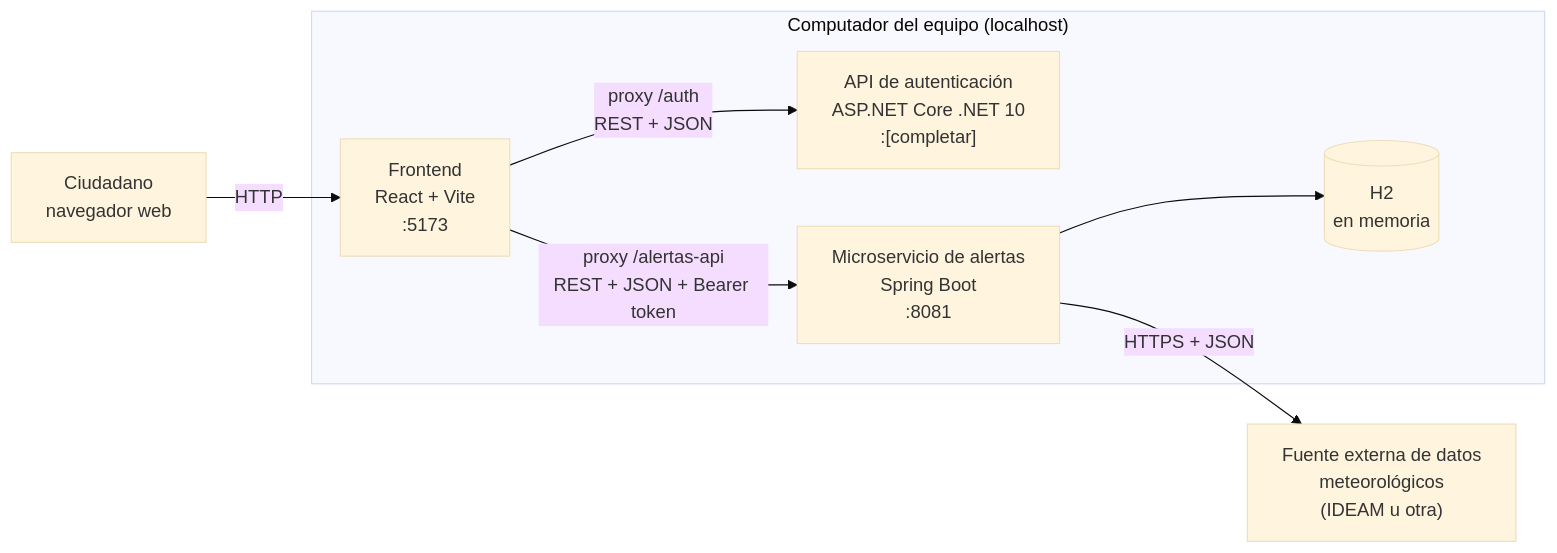
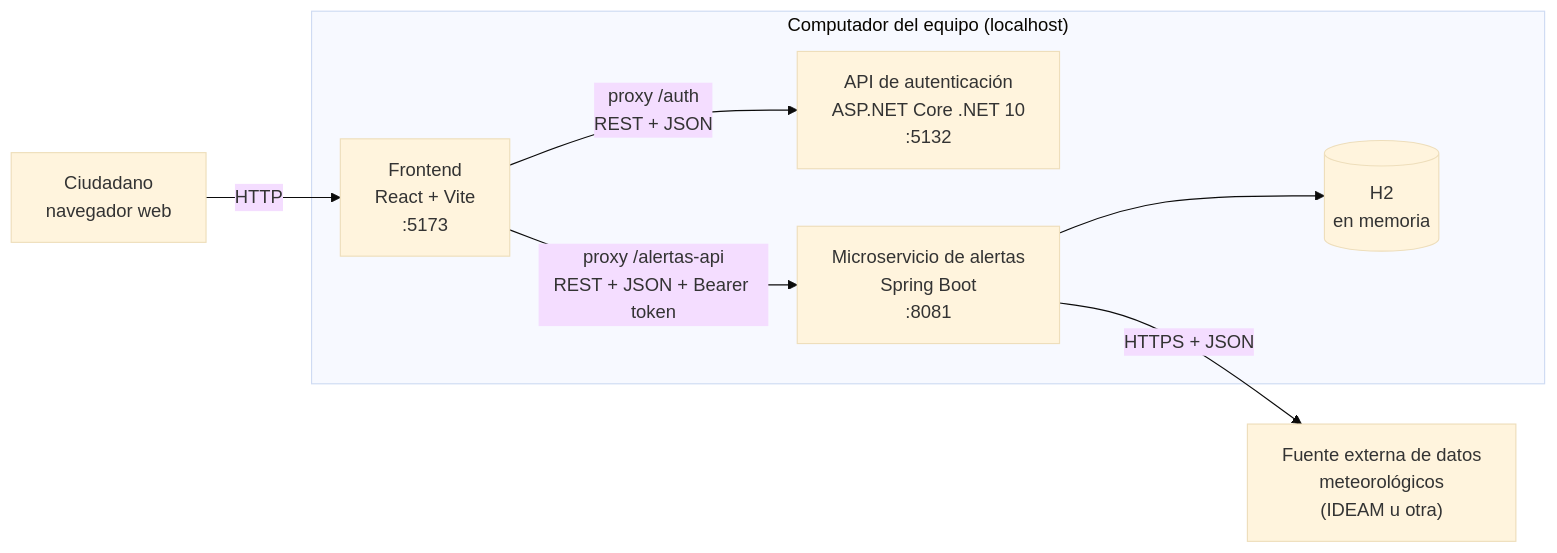
One commit to aleprz-afk/SisAlert changed the diagram in docs/infraestructura.md. Above: the diagram before and after it, drawn with Mermaid (base theme). The commit also changed other lines of this file and 10 other files, not shown here.

````diff
--- a/docs/infraestructura.md
+++ b/docs/infraestructura.md
@@ -19,16 +19,16 @@
 ```mermaid
 flowchart LR
     U[Ciudadano<br/>navegador web] -->|HTTP| F
 
     subgraph Local["Computador del equipo (localhost)"]
         F["Frontend<br/>React + Vite<br/>:5173"]
-        A["API de autenticación<br/>ASP.NET Core .NET 10<br/>:[completar]"]
+        A["API de autenticación<br/>ASP.NET Core .NET 10<br/>:5132"]
         S["Microservicio de alertas<br/>Spring Boot<br/>:8081"]
         H[("H2<br/>en memoria")]
         F -->|"proxy /auth<br/>REST + JSON"| A
         F -->|"proxy /alertas-api<br/>REST + JSON + Bearer token"| S
         S --> H
     end
 
     S -->|"HTTPS + JSON"| E["Fuente externa de datos<br/>meteorológicos<br/>(IDEAM u otra)"]
 ```
````
